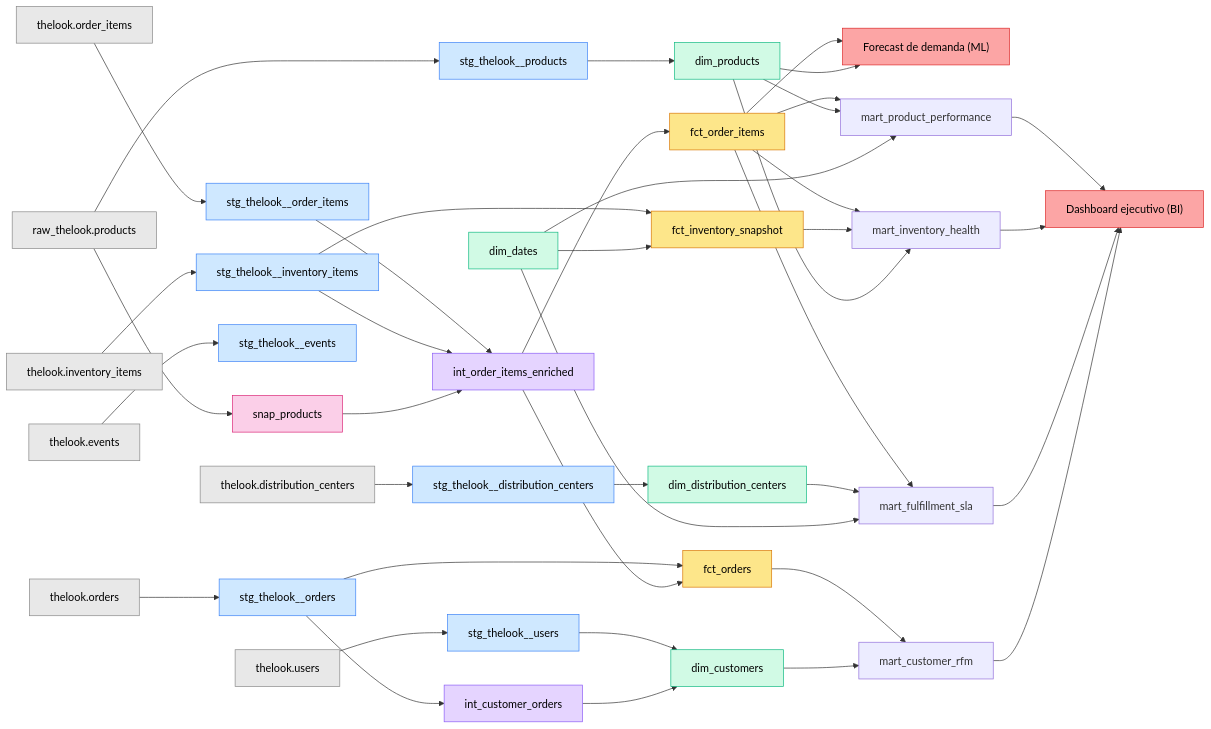
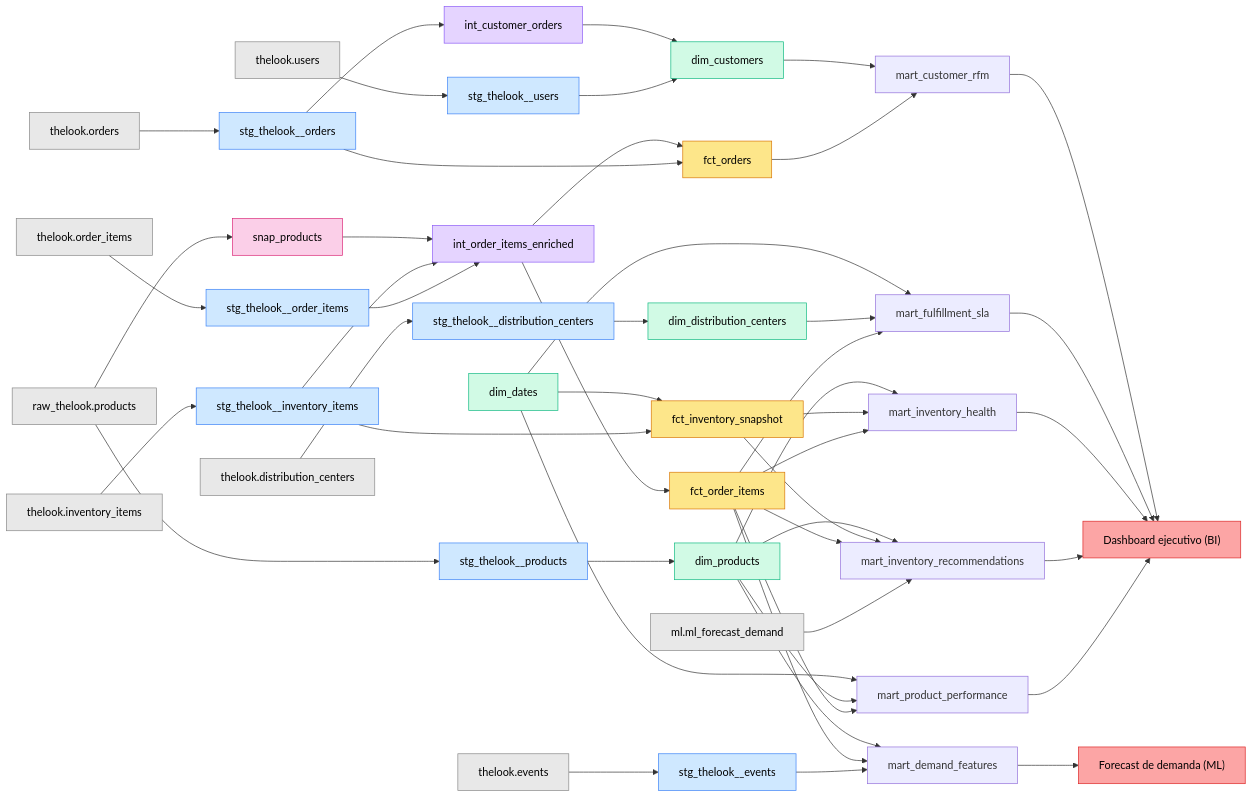
One commit to alexxcode/aleph changed the diagram in docs/lineage.md. Above: the diagram before and after it, drawn with Mermaid. The commit also changed 12 other files, not shown here.

```diff
--- a/docs/lineage.md
+++ b/docs/lineage.md
@@ -16,13 +16,16 @@
     int_customer_orders["int_customer_orders"]:::intermediate
     int_order_items_enriched["int_order_items_enriched"]:::intermediate
     mart_customer_rfm["mart_customer_rfm"]:::model
+    mart_demand_features["mart_demand_features"]:::model
     mart_fulfillment_sla["mart_fulfillment_sla"]:::model
     mart_inventory_health["mart_inventory_health"]:::model
+    mart_inventory_recommendations["mart_inventory_recommendations"]:::model
     mart_product_performance["mart_product_performance"]:::model
     snap_products["snap_products"]:::snap
     src_distribution_centers["thelook.distribution_centers"]:::source
     src_events["thelook.events"]:::source
     src_inventory_items["thelook.inventory_items"]:::source
+    src_ml_forecast_demand["ml.ml_forecast_demand"]:::source
     src_order_items["thelook.order_items"]:::source
     src_orders["thelook.orders"]:::source
     src_products["raw_thelook.products"]:::source
@@ -40,32 +43,39 @@
     dim_dates --> mart_fulfillment_sla
     dim_dates --> mart_product_performance
     dim_distribution_centers --> mart_fulfillment_sla
-    dim_products --> exp_demand_forecast
+    dim_products --> mart_demand_features
     dim_products --> mart_inventory_health
+    dim_products --> mart_inventory_recommendations
     dim_products --> mart_product_performance
     fct_inventory_snapshot --> mart_inventory_health
-    fct_order_items --> exp_demand_forecast
+    fct_inventory_snapshot --> mart_inventory_recommendations
+    fct_order_items --> mart_demand_features
     fct_order_items --> mart_fulfillment_sla
     fct_order_items --> mart_inventory_health
+    fct_order_items --> mart_inventory_recommendations
     fct_order_items --> mart_product_performance
     fct_orders --> mart_customer_rfm
     int_customer_orders --> dim_customers
     int_order_items_enriched --> fct_order_items
     int_order_items_enriched --> fct_orders
     mart_customer_rfm --> exp_executive_dashboard
+    mart_demand_features --> exp_demand_forecast
     mart_fulfillment_sla --> exp_executive_dashboard
     mart_inventory_health --> exp_executive_dashboard
+    mart_inventory_recommendations --> exp_executive_dashboard
     mart_product_performance --> exp_executive_dashboard
     snap_products --> int_order_items_enriched
     src_distribution_centers --> stg_thelook__distribution_centers
     src_events --> stg_thelook__events
     src_inventory_items --> stg_thelook__inventory_items
+    src_ml_forecast_demand --> mart_inventory_recommendations
     src_order_items --> stg_thelook__order_items
     src_orders --> stg_thelook__orders
     src_products --> snap_products
     src_products --> stg_thelook__products
     src_users --> stg_thelook__users
     stg_thelook__distribution_centers --> dim_distribution_centers
+    stg_thelook__events --> mart_demand_features
     stg_thelook__inventory_items --> fct_inventory_snapshot
     stg_thelook__inventory_items --> int_order_items_enriched
     stg_thelook__order_items --> int_order_items_enriched
```
